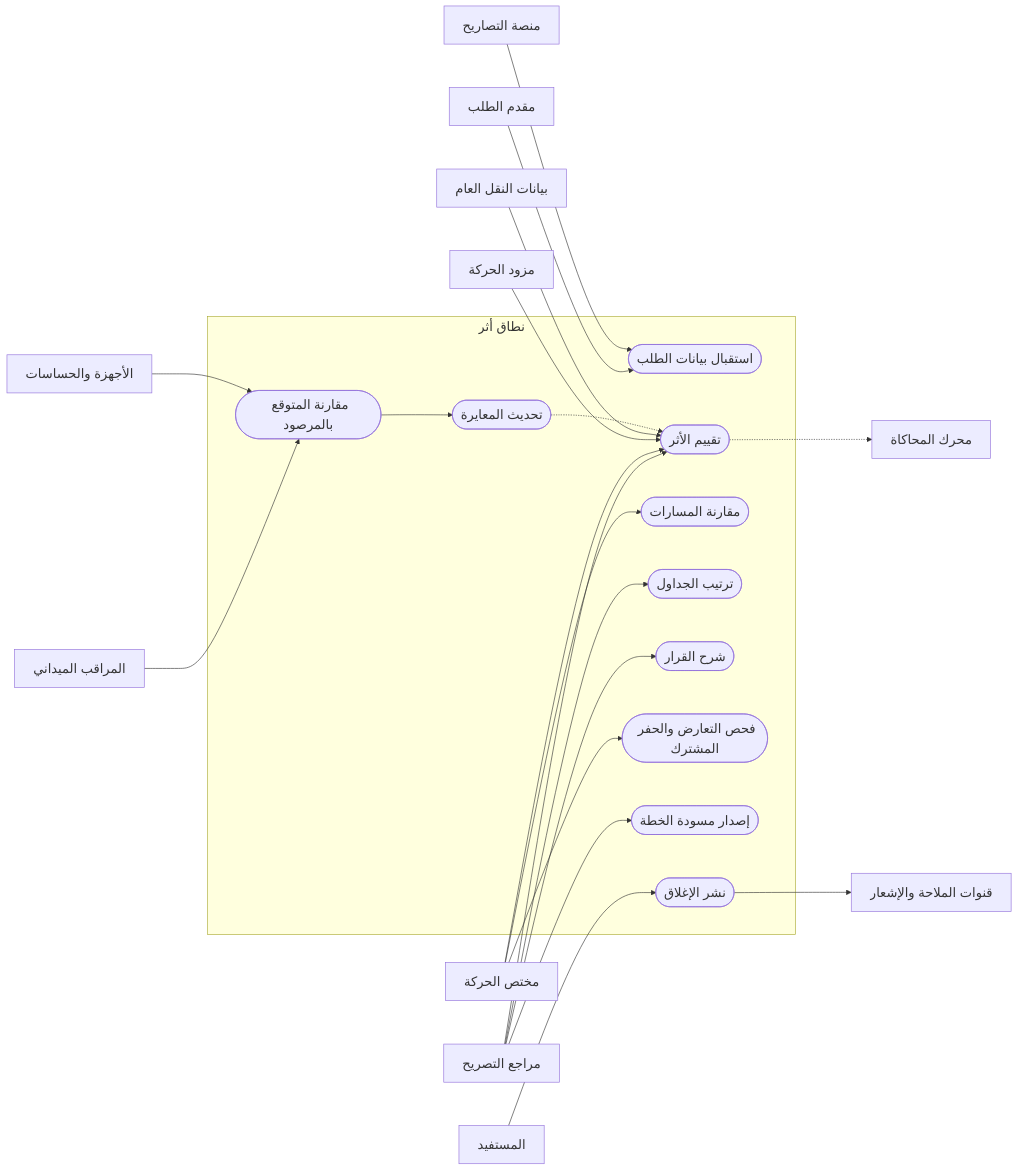
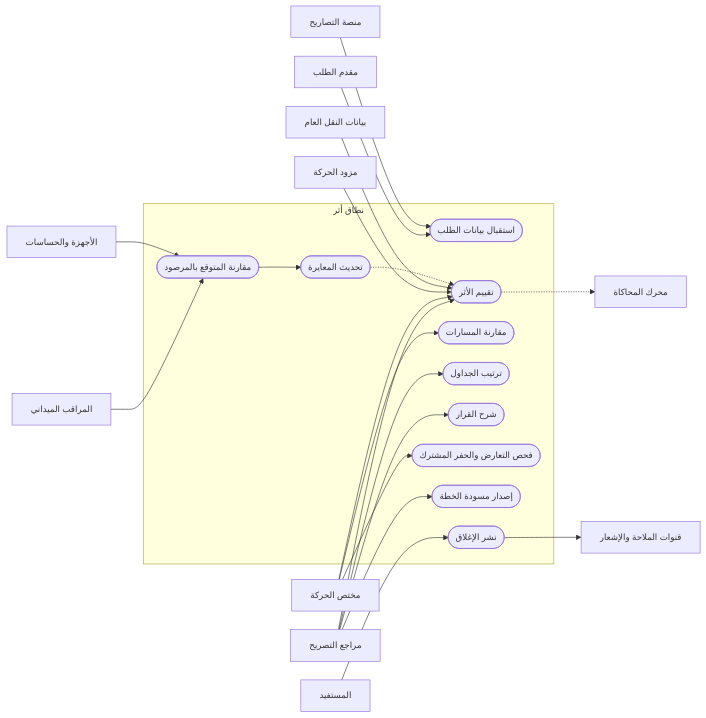
Before and after one commit to NotMarwan/Baladiyathon: the third of 12 diagrams in research/2026-07-23/athar-competitor-benchmarks/user-experience-uml.md, drawn with Mermaid. The commit also changed other lines of this file and 3 other files, not shown here.

````diff
--- a/research/2026-07-23/athar-competitor-benchmarks/user-experience-uml.md
+++ b/research/2026-07-23/athar-competitor-benchmarks/user-experience-uml.md
@@ -84,49 +84,49 @@
 ```mermaid
-%%{init: {"flowchart": {"useMaxWidth": false, "nodeSpacing": 70, "rankSpacing": 90}, "themeVariables": {"fontSize": "21px"}}}%%
+%%{init: {"flowchart": {"useMaxWidth": true, "nodeSpacing": 30, "rankSpacing": 44}, "themeVariables": {"fontSize": "14px"}}}%%
 flowchart LR
  APPLICANT["مقدم الطلب"]
  REVIEWER["مراجع التصريح"]
  SPECIALIST["مختص الحركة"]
  INSPECTOR["المراقب الميداني"]
  PUBLIC["المستفيد"]
 
  subgraph ATHAR["نطاق أثر"]
   U1(["استقبال بيانات الطلب"])
   U2(["تقييم الأثر"])
   U3(["مقارنة المسارات"])
   U4(["ترتيب الجداول"])
   U5(["شرح القرار"])
   U6(["فحص التعارض والحفر المشترك"])
   U7(["إصدار مسودة الخطة"])
   U8(["نشر الإغلاق"])
   U9(["مقارنة المتوقع بالمرصود"])
   U10(["تحديث المعايرة"])
  end
 
  PERMIT["منصة التصاريح"]
  TRAFFIC["مزود الحركة"]
  TRANSIT["بيانات النقل العام"]
  SIM["محرك المحاكاة"]
  CHANNELS["قنوات الملاحة والإشعار"]
  DEVICES["الأجهزة والحساسات"]
 
  APPLICANT --> U1
  REVIEWER --> U2
  REVIEWER --> U4
  REVIEWER --> U5
  REVIEWER --> U7
  SPECIALIST --> U2
  SPECIALIST --> U3
  SPECIALIST --> U6
  INSPECTOR --> U9
  PUBLIC --> U8
 
  PERMIT --> U1
  TRAFFIC --> U2
  TRANSIT --> U2
  U2 -.-> SIM
  U8 --> CHANNELS
  DEVICES --> U9
  U9 --> U10
  U10 -.-> U2
 ```
````
